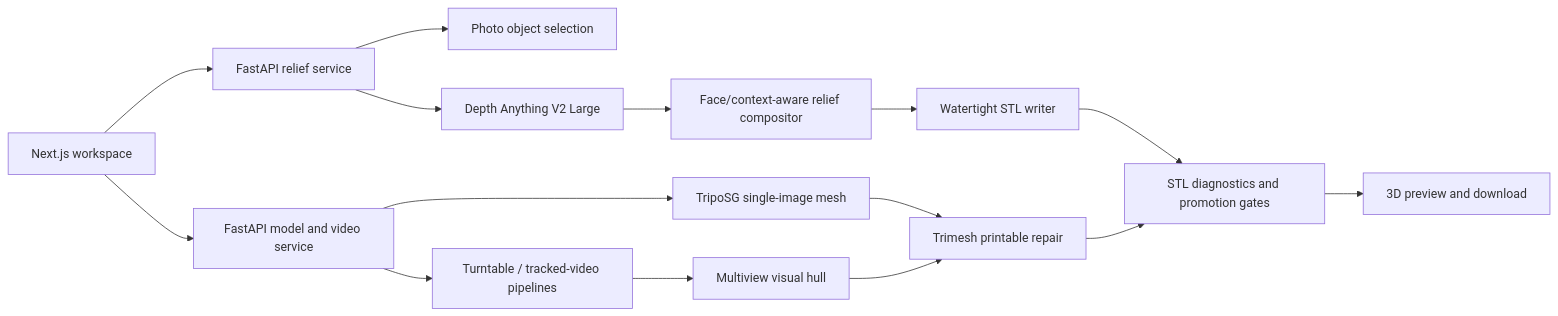
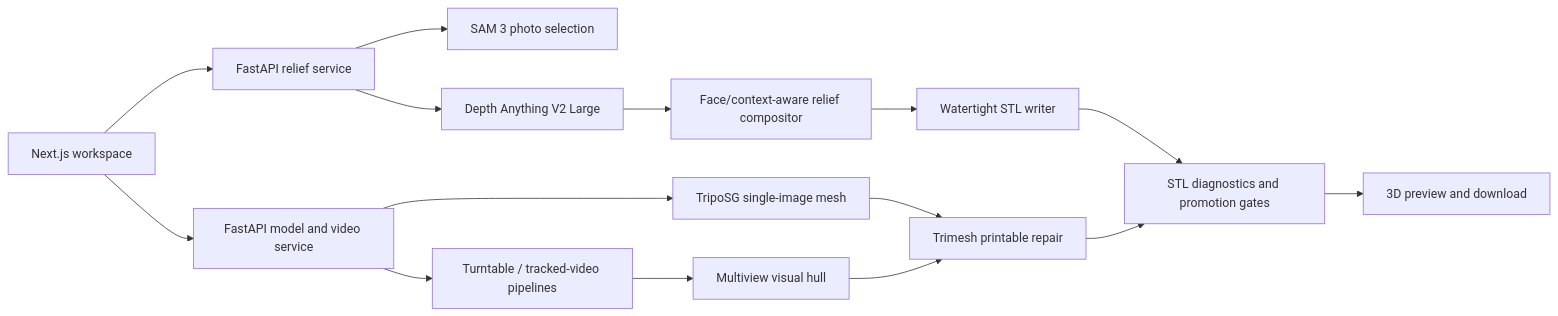
One commit to DrStrangel0ve/3dprintpic changed the diagram in docs/PROJECT_REPORT.md. Above: the diagram before and after it, drawn with Mermaid. The commit also changed other lines of this file and 15 other files, not shown here.

````diff
--- a/docs/PROJECT_REPORT.md
+++ b/docs/PROJECT_REPORT.md
@@ -25,17 +25,17 @@
 ```mermaid
 flowchart LR
     UI["Next.js workspace"] --> MAIN["FastAPI relief service"]
     UI --> PLAN["FastAPI model and video service"]
-    MAIN --> SELECT["Photo object selection"]
+    MAIN --> SELECT["SAM 3 photo selection"]
     MAIN --> DEPTH["Depth Anything V2 Large"]
     DEPTH --> RELIEF["Face/context-aware relief compositor"]
     RELIEF --> STL["Watertight STL writer"]
     PLAN --> TRIPO["TripoSG single-image mesh"]
     PLAN --> VIDEO["Turntable / tracked-video pipelines"]
     VIDEO --> HULL["Multiview visual hull"]
     TRIPO --> REPAIR["Trimesh printable repair"]
     HULL --> REPAIR
     STL --> GATES["STL diagnostics and promotion gates"]
     REPAIR --> GATES
     GATES --> VIEW["3D preview and download"]
 ```
````
